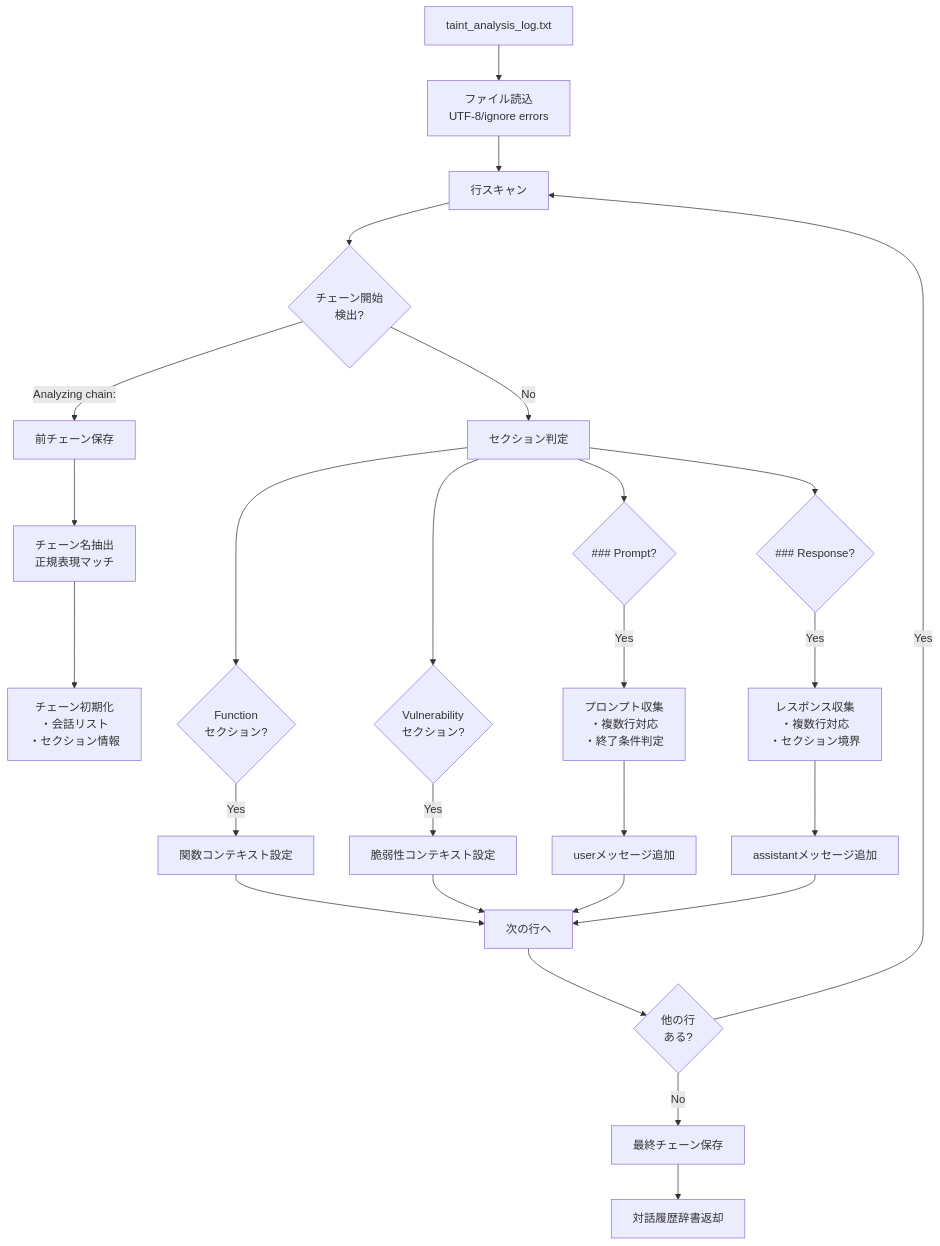
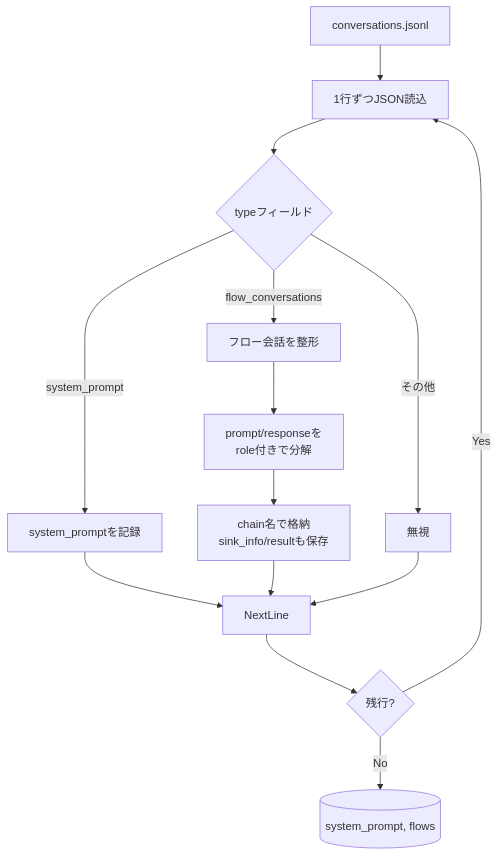
The eighth of 18 diagrams in Document/Process_Flow.md (ta-061/tee-flow-inspector), drawn with Mermaid before and after one commit. The commit also changed other lines of this file and 7 other files, not shown here.

````diff
--- a/Document/Process_Flow.md
+++ b/Document/Process_Flow.md
@@ -524,43 +459,20 @@
 ```mermaid
 graph TB
-    LogFile[taint_analysis_log.txt] --> ReadContent[ファイル読込<br/>UTF-8/ignore errors]
+    LogFile[conversations.jsonl] --> ReadLine[1行ずつJSON読込]
     
-    ReadContent --> ScanLines[行スキャン]
+    ReadLine --> CheckType{typeフィールド}
+    CheckType -->|system_prompt| SaveSystem[system_promptを記録]
+    CheckType -->|flow_conversations| ParseFlow[フロー会話を整形]
+    CheckType -->|その他| SkipLine[無視]
     
-    ScanLines --> DetectChain{チェーン開始<br/>検出?}
+    ParseFlow --> BuildMessages[prompt/responseを<br/>role付きで分解]
+    BuildMessages --> SaveFlow[chain名で格納<br/>sink_info/resultも保存]
     
-    DetectChain -->|"Analyzing chain:"| SavePrevious[前チェーン保存]
-    DetectChain -->|No| CheckSection
+    SaveSystem --> NextLine
+    SaveFlow --> NextLine
+    SkipLine --> NextLine
     
-    SavePrevious --> ExtractChainName[チェーン名抽出<br/>正規表現マッチ]
-    
-    ExtractChainName --> InitChain[チェーン初期化<br/>・会話リスト<br/>・セクション情報]
-    
-    CheckSection[セクション判定]
-    CheckSection --> IsFuncSection{Function<br/>セクション?}
-    CheckSection --> IsVulnSection{Vulnerability<br/>セクション?}
-    CheckSection --> IsPrompt{### Prompt?}
-    CheckSection --> IsResponse{### Response?}
-    
-    IsFuncSection -->|Yes| SetFuncContext[関数コンテキスト設定]
-    IsVulnSection -->|Yes| SetVulnContext[脆弱性コンテキスト設定]
-    
-    IsPrompt -->|Yes| CollectPrompt[プロンプト収集<br/>・複数行対応<br/>・終了条件判定]
-    
-    CollectPrompt --> AddUserMsg[userメッセージ追加]
-    
-    IsResponse -->|Yes| CollectResponse[レスポンス収集<br/>・複数行対応<br/>・セクション境界]
-    
-    CollectResponse --> AddAssistantMsg[assistantメッセージ追加]
-    
-    SetFuncContext --> NextLine
-    SetVulnContext --> NextLine
-    AddUserMsg --> NextLine
-    AddAssistantMsg --> NextLine
-    
-    NextLine[次の行へ] --> MoreLines{他の行<br/>ある?}
-    MoreLines -->|Yes| ScanLines
-    MoreLines -->|No| SaveFinal[最終チェーン保存]
-    
-    SaveFinal --> ReturnConv[対話履歴辞書返却]
+    NextLine --> MoreLines{残行?}
+    MoreLines -->|Yes| ReadLine
+    MoreLines -->|No| ReturnConv[(system_prompt, flows)]
 ```
````
